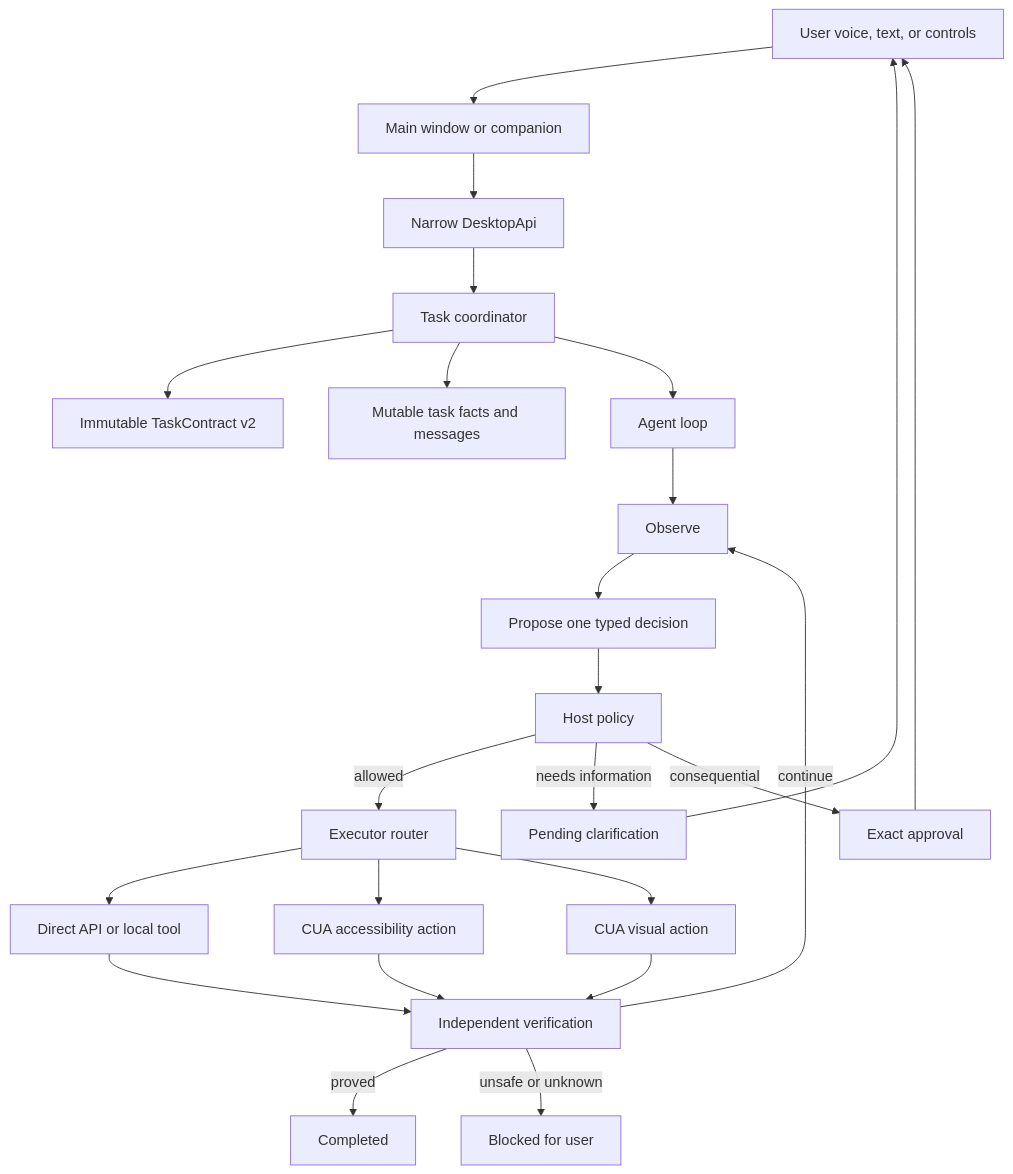
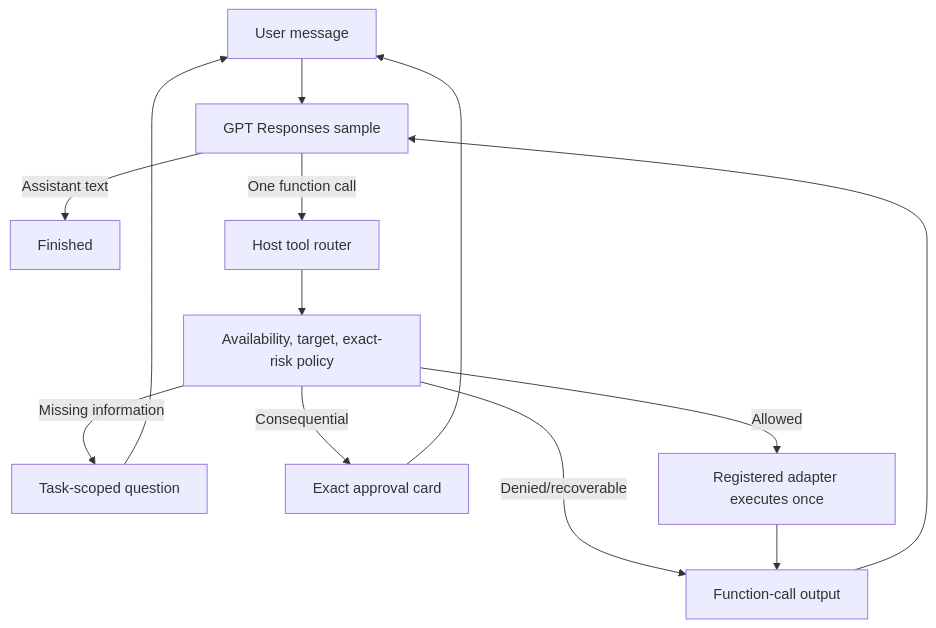
One commit to ducnguyen67201/TroCode changed the diagram in docs/conversational-task-execution.md. Above: the diagram before and after it, drawn with Mermaid. The commit also changed other lines of this file and 81 other files, not shown here.

````diff
--- a/docs/conversational-task-execution.md
+++ b/docs/conversational-task-execution.md
@@ -66,26 +10,15 @@
 ```mermaid
 flowchart TD
-    USER["User voice, text, or controls"] --> UI["Main window or companion"]
-    UI --> API["Narrow DesktopApi"]
-    API --> COORD["Task coordinator"]
-    COORD --> GOAL["Immutable TaskContract v2"]
-    COORD --> FACTS["Mutable task facts and messages"]
-    COORD --> LOOP["Agent loop"]
-    LOOP --> OBS["Observe"]
-    OBS --> DECIDE["Propose one typed decision"]
-    DECIDE --> POLICY["Host policy"]
-    POLICY -->|"allowed"| EXEC["Executor router"]
-    POLICY -->|"needs information"| ASK["Pending clarification"]
-    POLICY -->|"consequential"| APPROVE["Exact approval"]
+    USER["User message"] --> MODEL["GPT Responses sample"]
+    MODEL -->|"Assistant text"| DONE["Finished"]
+    MODEL -->|"One function call"| ROUTER["Host tool router"]
+    ROUTER --> POLICY["Availability, target, exact-risk policy"]
+    POLICY -->|"Denied/recoverable"| OUTPUT["Function-call output"]
+    POLICY -->|"Missing information"| ASK["Task-scoped question"]
+    POLICY -->|"Consequential"| APPROVE["Exact approval card"]
+    POLICY -->|"Allowed"| EXECUTE["Registered adapter executes once"]
     ASK --> USER
     APPROVE --> USER
-    EXEC --> DIRECT["Direct API or local tool"]
-    EXEC --> A11Y["CUA accessibility action"]
-    EXEC --> PIXEL["CUA visual action"]
-    DIRECT --> VERIFY["Independent verification"]
-    A11Y --> VERIFY
-    PIXEL --> VERIFY
-    VERIFY -->|"continue"| OBS
-    VERIFY -->|"proved"| DONE["Completed"]
-    VERIFY -->|"unsafe or unknown"| STOP["Blocked for user"]
+    EXECUTE --> OUTPUT
+    OUTPUT --> MODEL
 ```
````
